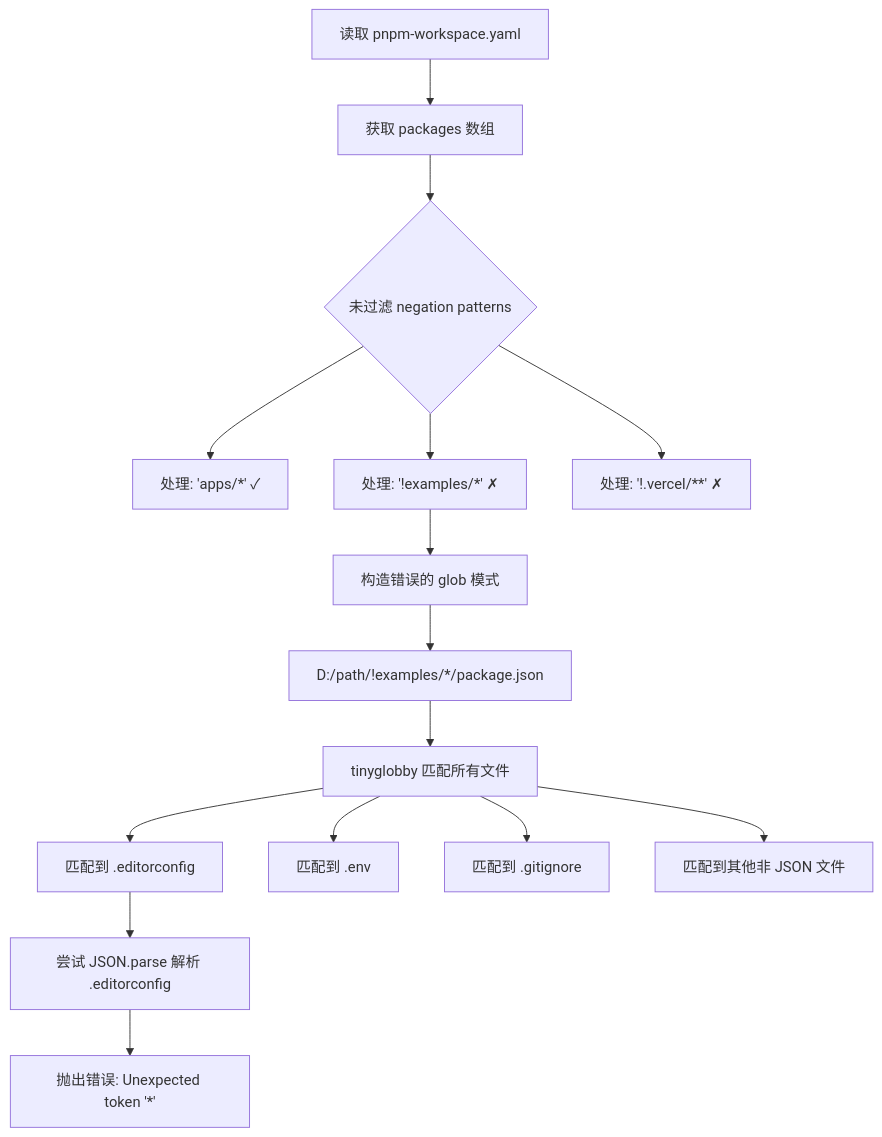
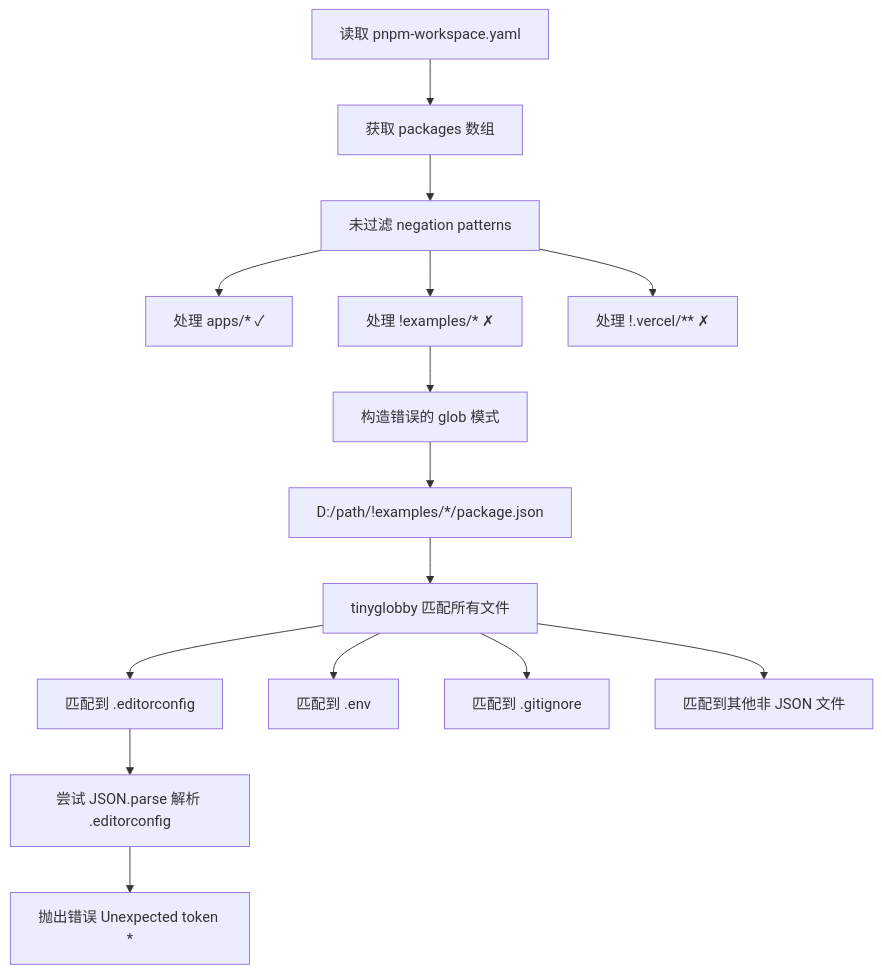
Before and after one commit to ruan-cat/11comm: the second of 2 diagrams in apps/admin/src/docs/reports/2025-12-09-fix-commitlint-config-negation-pattern-bug.md, drawn with Mermaid. The commit also changed other lines of this file, not shown here.

Commit message:
fix: 处理文档【2025-12-09 修复 @ruan-cat/commitlint-config 包的 negation pattern 处理错误】的语法错误。

````diff
--- a/apps/admin/src/docs/reports/2025-12-09-fix-commitlint-config-negation-pattern-bug.md
+++ b/apps/admin/src/docs/reports/2025-12-09-fix-commitlint-config-negation-pattern-bug.md
@@ -123,17 +100,17 @@
 ```mermaid
 graph TD
     A[读取 pnpm-workspace.yaml] --> B[获取 packages 数组]
-    B --> C{未过滤 negation patterns}
-    C --> D[处理: 'apps/*' ✓]
-    C --> E[处理: '!examples/*' ✗]
-    C --> F[处理: '!.vercel/**' ✗]
+    B --> C[未过滤 negation patterns]
+    C --> D[处理 apps/* ✓]
+    C --> E[处理 !examples/* ✗]
+    C --> F[处理 !.vercel/** ✗]
     E --> G[构造错误的 glob 模式]
-    G --> H["D:/path/!examples/*/package.json"]
+    G --> H[D:/path/!examples/*/package.json]
     H --> I[tinyglobby 匹配所有文件]
     I --> J[匹配到 .editorconfig]
     I --> K[匹配到 .env]
     I --> L[匹配到 .gitignore]
     I --> M[匹配到其他非 JSON 文件]
     J --> N[尝试 JSON.parse 解析 .editorconfig]
-    N --> O[抛出错误: Unexpected token '*']
+    N --> O[抛出错误 Unexpected token *]
 ```
````
